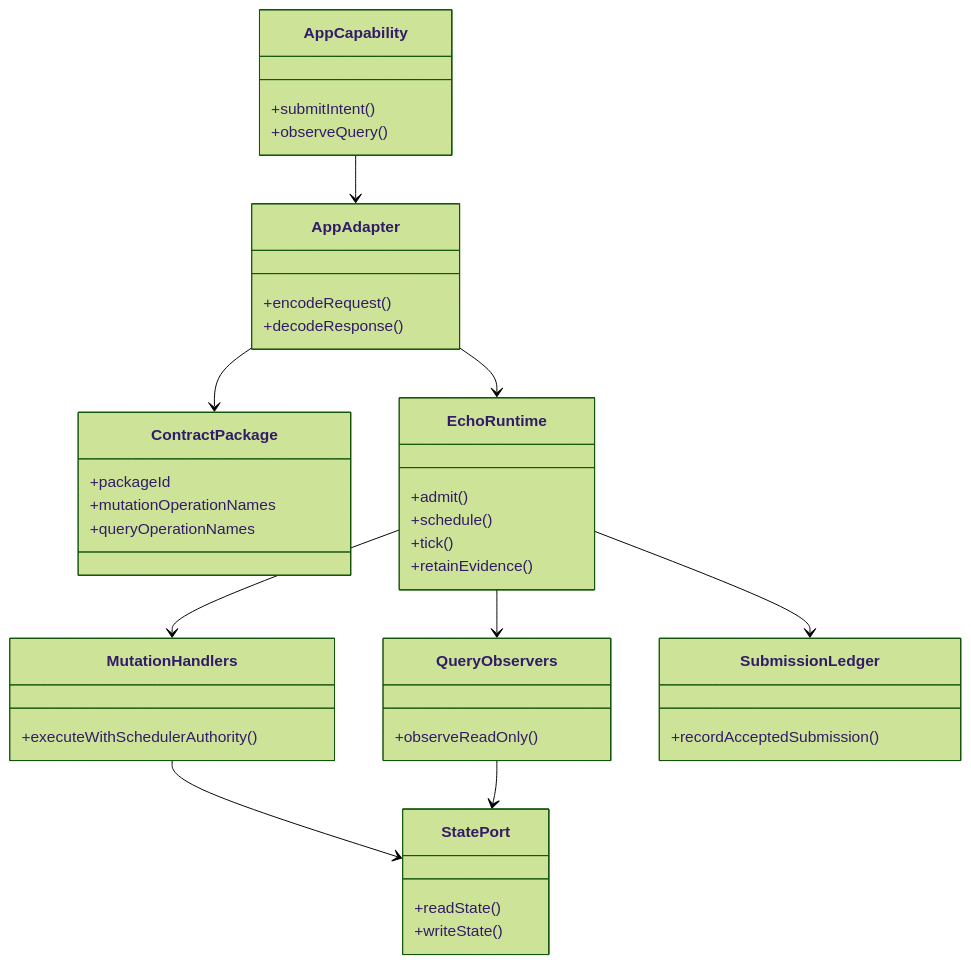
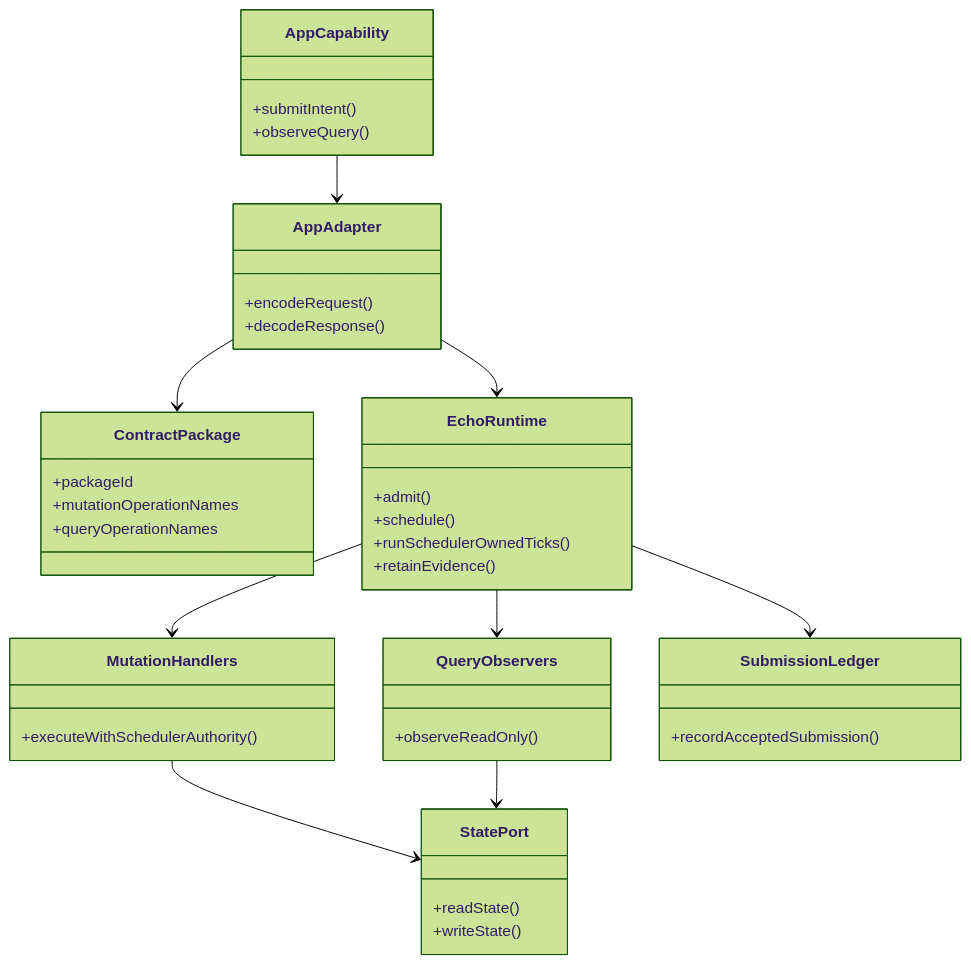
Before and after one commit to flyingrobots/jedit: the first of 4 diagrams in docs/echo-application-hosting-guide.md, drawn with Mermaid (forest theme). The commit also changed other lines of this file and 2 other files, not shown here.

````diff
--- a/docs/echo-application-hosting-guide.md
+++ b/docs/echo-application-hosting-guide.md
@@ -53,44 +53,44 @@
 ```mermaid
 classDiagram
     class AppCapability {
         +submitIntent()
         +observeQuery()
     }
     class AppAdapter {
         +encodeRequest()
         +decodeResponse()
     }
     class ContractPackage {
         +packageId
         +mutationOperationNames
         +queryOperationNames
     }
     class MutationHandlers {
         +executeWithSchedulerAuthority()
     }
     class QueryObservers {
         +observeReadOnly()
     }
     class StatePort {
         +readState()
         +writeState()
     }
     class SubmissionLedger {
         +recordAcceptedSubmission()
     }
     class EchoRuntime {
         +admit()
         +schedule()
-        +tick()
+        +runSchedulerOwnedTicks()
         +retainEvidence()
     }
 
     AppCapability --> AppAdapter
     AppAdapter --> ContractPackage
     AppAdapter --> EchoRuntime
     EchoRuntime --> SubmissionLedger
     EchoRuntime --> MutationHandlers
     EchoRuntime --> QueryObservers
     MutationHandlers --> StatePort
     QueryObservers --> StatePort
 ```
````
